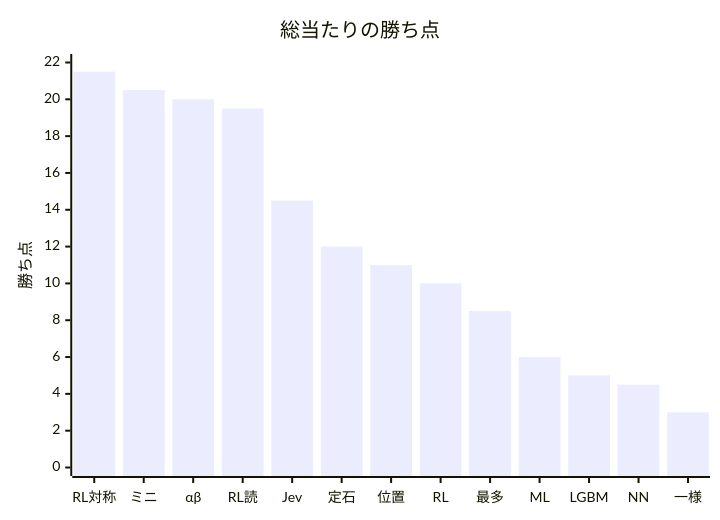
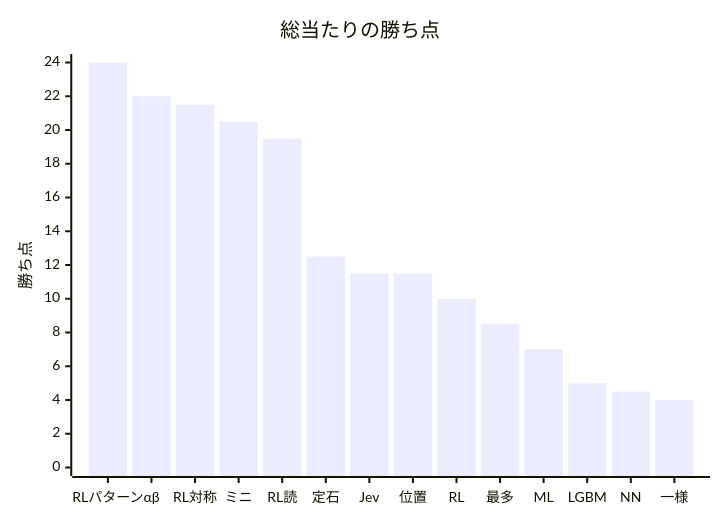
The diagram in docs/benchmarks/round-robin.md (gnkm/reversi-ai), drawn with Mermaid before and after one commit. The commit also changed other lines of this file and 2 other files, not shown here.

````diff
--- a/docs/benchmarks/round-robin.md
+++ b/docs/benchmarks/round-robin.md
@@ -39,7 +39,7 @@
 ```mermaid
 xychart-beta
     title "総当たりの勝ち点"
-    x-axis ["RL対称", "ミニ", "αβ", "RL読", "Jev", "定石", "位置", "RL", "最多", "ML", "LGBM", "NN", "一様"]
-    y-axis "勝ち点" 0 --> 22
-    bar [21.5, 20.5, 20, 19.5, 14.5, 12, 11, 10, 8.5, 6, 5, 4.5, 3]
+    x-axis ["RLパターン", "αβ", "RL対称", "ミニ", "RL読", "定石", "Jev", "位置", "RL", "最多", "ML", "LGBM", "NN", "一様"]
+    y-axis "勝ち点" 0 --> 24
+    bar [24, 22, 21.5, 20.5, 19.5, 12.5, 11.5, 11.5, 10, 8.5, 7, 5, 4.5, 4]
 ```
````
